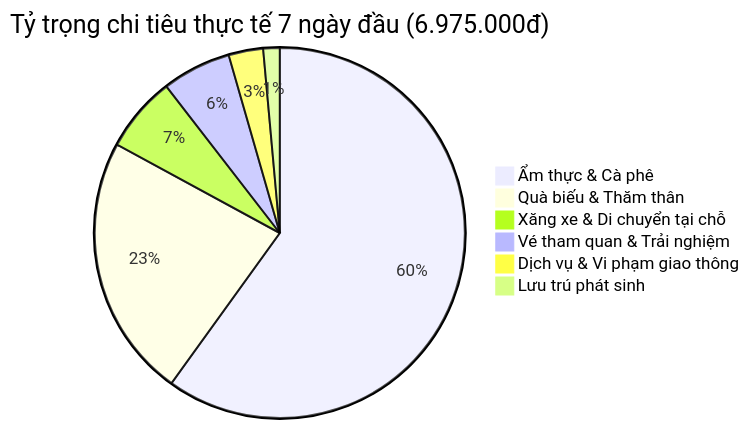
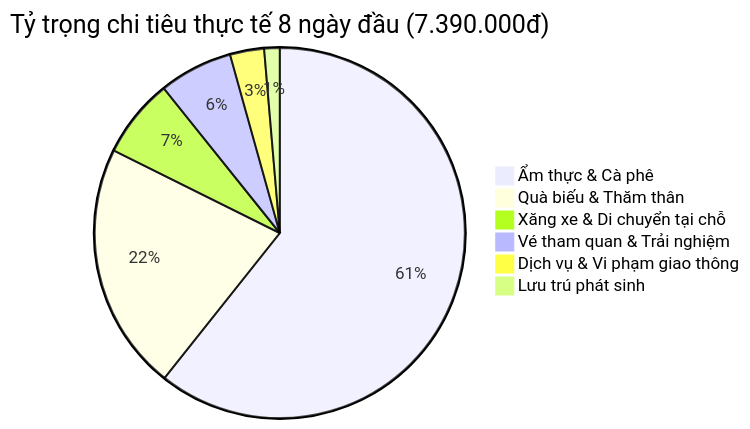
Before and after one commit to conghc98vn/trip-plan-tay-bac: the diagram in info/tong_hop_chi_phi.md, drawn with Mermaid. The commit also changed other lines of this file and 5 other files, not shown here.

Commit message:
Cập nhật thực tế lịch trình & chi phí Ngày 7-8 (Bản Giốc, Ngườm Ngao, Pác Bó, Co Sàu, Phở chua)

````diff
--- a/info/tong_hop_chi_phi.md
+++ b/info/tong_hop_chi_phi.md
@@ -208,9 +215,9 @@
 ```mermaid
-pie title Tỷ trọng chi tiêu thực tế 7 ngày đầu (6.975.000đ)
-    "Ẩm thực & Cà phê" : 4175000
+pie title Tỷ trọng chi tiêu thực tế 8 ngày đầu (7.390.000đ)
+    "Ẩm thực & Cà phê" : 4485000
     "Quà biếu & Thăm thân" : 1600000
-    "Xăng xe & Di chuyển tại chỗ" : 460000
-    "Vé tham quan & Trải nghiệm" : 420000
-    "Dịch vụ & Vi phạm giao thông" : 210000
+    "Xăng xe & Di chuyển tại chỗ" : 510000
+    "Vé tham quan & Trải nghiệm" : 475000
+    "Dịch vụ & Vi phạm giao thông" : 220000
     "Lưu trú phát sinh" : 100000
 ```
````
